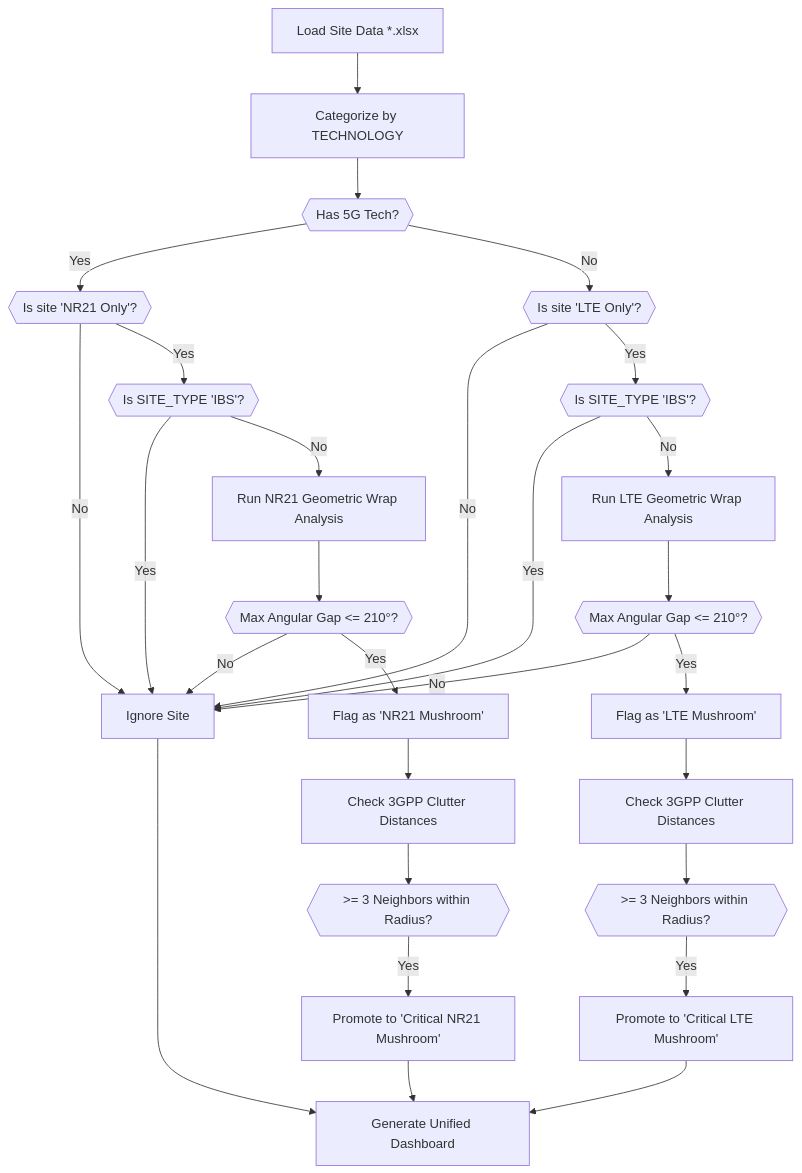
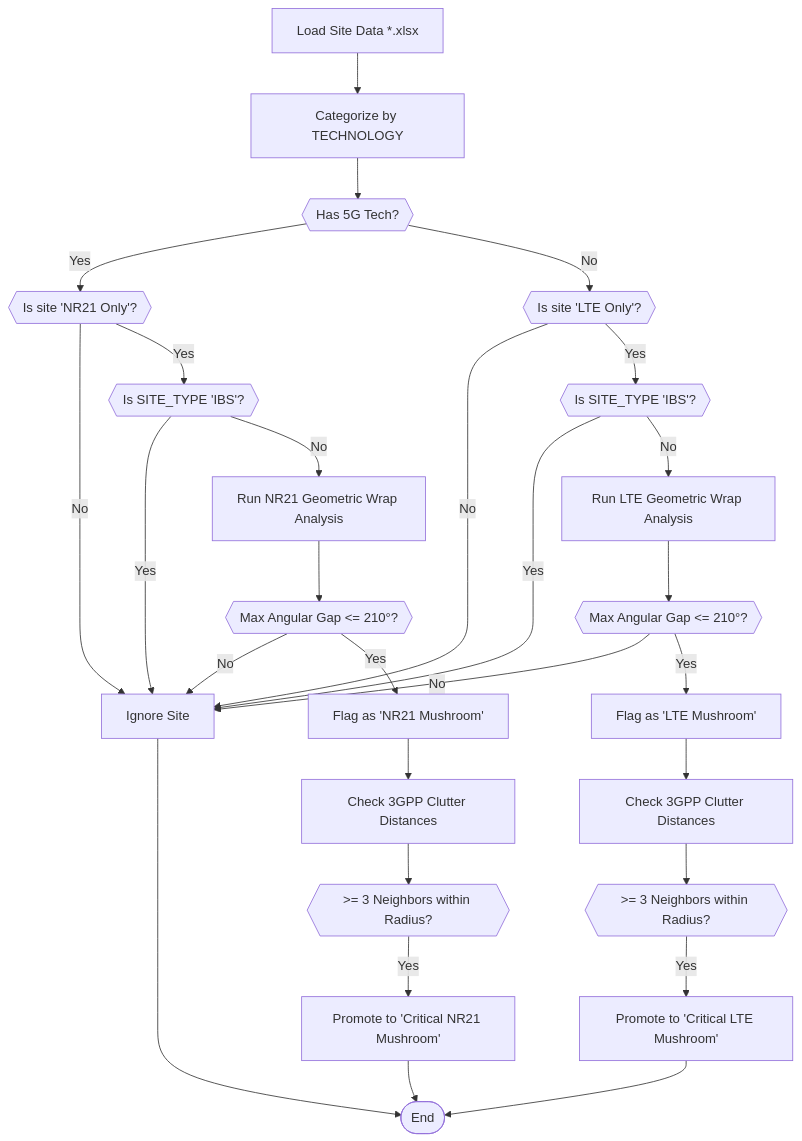
One commit to rifkirusandi/MushroomNR_Analysis changed the diagram in README.md. Above: the diagram before and after it, drawn with Mermaid. The commit also changed 1 other file, not shown here.

Commit message:
docs: update algorithm flowchart to explicitly terminate at End node

````diff
--- a/README.md
+++ b/README.md
@@ -9,37 +9,37 @@
 ```mermaid
 flowchart TD
     A[Load Site Data *.xlsx] --> B[Categorize by TECHNOLOGY]
     B --> C{{Has 5G Tech?}}
     C -- Yes --> D{{Is site 'NR21 Only'?}}
     C -- No --> E{{Is site 'LTE Only'?}}
     
     D -- No --> I[Ignore Site]
     D -- Yes --> IBS1{{Is SITE_TYPE 'IBS'?}}
     IBS1 -- Yes --> I
     IBS1 -- No --> MUSH_NR[Run NR21 Geometric Wrap Analysis]
     
     E -- No --> I
     E -- Yes --> IBS2{{Is SITE_TYPE 'IBS'?}}
     IBS2 -- Yes --> I
     IBS2 -- No --> MUSH_LTE[Run LTE Geometric Wrap Analysis]
     
     MUSH_NR --> TEST_NR{{Max Angular Gap <= 210°?}}
     TEST_NR -- No --> I
     TEST_NR -- Yes --> FLAG_NR[Flag as 'NR21 Mushroom']
     
     MUSH_LTE --> TEST_LTE{{Max Angular Gap <= 210°?}}
     TEST_LTE -- No --> I
     TEST_LTE -- Yes --> FLAG_LTE[Flag as 'LTE Mushroom']
     
     FLAG_NR --> CLUTTER_NR[Check 3GPP Clutter Distances]
     CLUTTER_NR --> CRIT_NR{{>= 3 Neighbors within Radius?}}
     CRIT_NR -- Yes --> PROMOTE_NR[Promote to 'Critical NR21 Mushroom']
     
     FLAG_LTE --> CLUTTER_LTE[Check 3GPP Clutter Distances]
     CLUTTER_LTE --> CRIT_LTE{{>= 3 Neighbors within Radius?}}
     CRIT_LTE -- Yes --> PROMOTE_LTE[Promote to 'Critical LTE Mushroom']
     
-    PROMOTE_NR --> DASH[Generate Unified Dashboard]
-    PROMOTE_LTE --> DASH
-    I --> DASH
+    PROMOTE_NR --> END([End])
+    PROMOTE_LTE --> END
+    I --> END
 ```
````
